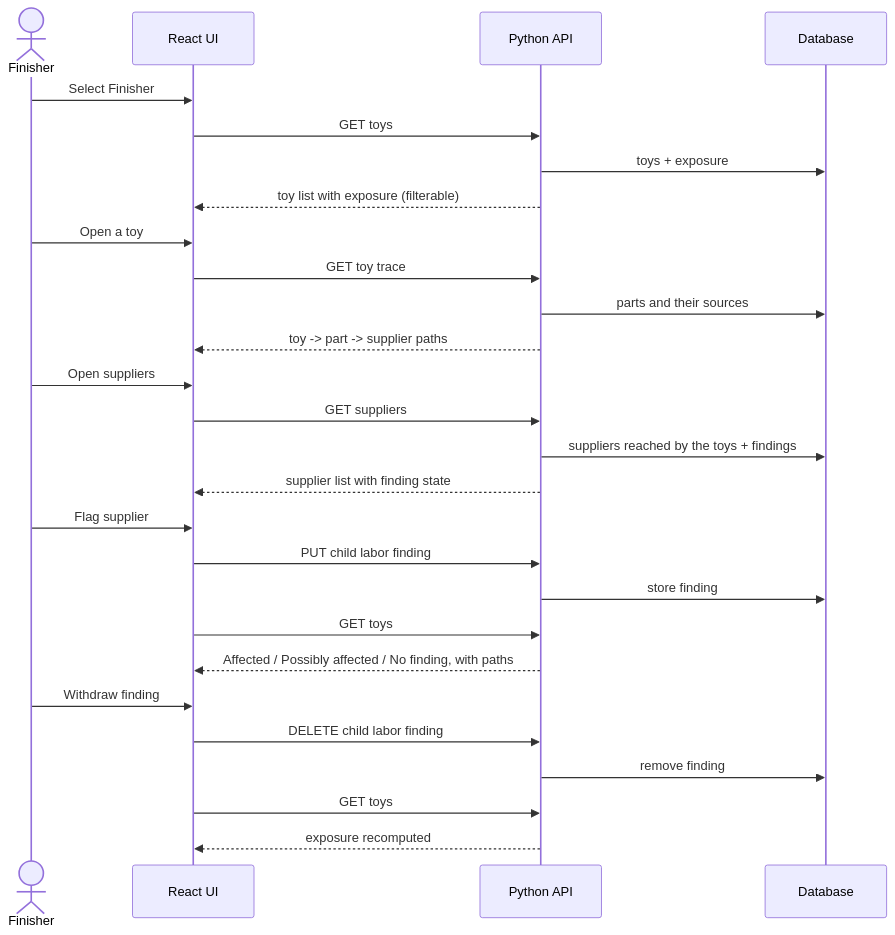
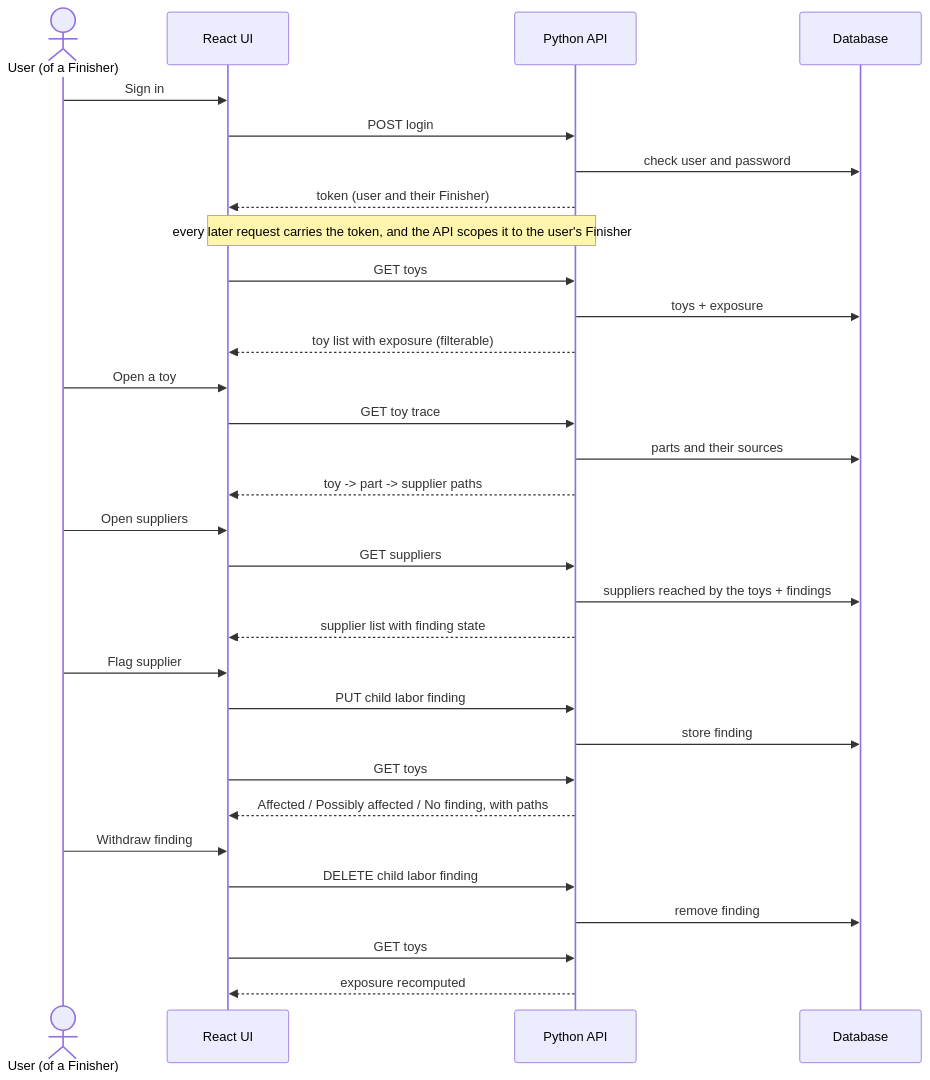
Before and after one commit to take-home-tract/FairToy: the second of 4 diagrams in docs/design.md, drawn with Mermaid. The commit also changed other lines of this file and 5 other files, not shown here.

First line of the commit message:
Design: auth, per-Finisher ownership, API and UX

````diff
--- a/docs/design.md
+++ b/docs/design.md
@@ -23,34 +24,39 @@
 ```mermaid
 sequenceDiagram
-    actor F as Finisher
+    actor F as User (of a Finisher)
     participant UI as React UI
     participant API as Python API
     participant DB as Database
 
-    F->>UI: Select Finisher
+    F->>UI: Sign in
+    UI->>API: POST login
+    API->>DB: check user and password
+    API-->>UI: token (user and their Finisher)
+
+    Note over UI,API: every later request carries the token, and the API scopes it to the user's Finisher
     UI->>API: GET toys
     API->>DB: toys + exposure
     API-->>UI: toy list with exposure (filterable)
 
     F->>UI: Open a toy
     UI->>API: GET toy trace
     API->>DB: parts and their sources
     API-->>UI: toy -> part -> supplier paths
 
     F->>UI: Open suppliers
     UI->>API: GET suppliers
     API->>DB: suppliers reached by the toys + findings
     API-->>UI: supplier list with finding state
 
     F->>UI: Flag supplier
     UI->>API: PUT child labor finding
     API->>DB: store finding
     UI->>API: GET toys
     API-->>UI: Affected / Possibly affected / No finding, with paths
 
     F->>UI: Withdraw finding
     UI->>API: DELETE child labor finding
     API->>DB: remove finding
     UI->>API: GET toys
     API-->>UI: exposure recomputed
 ```
````
